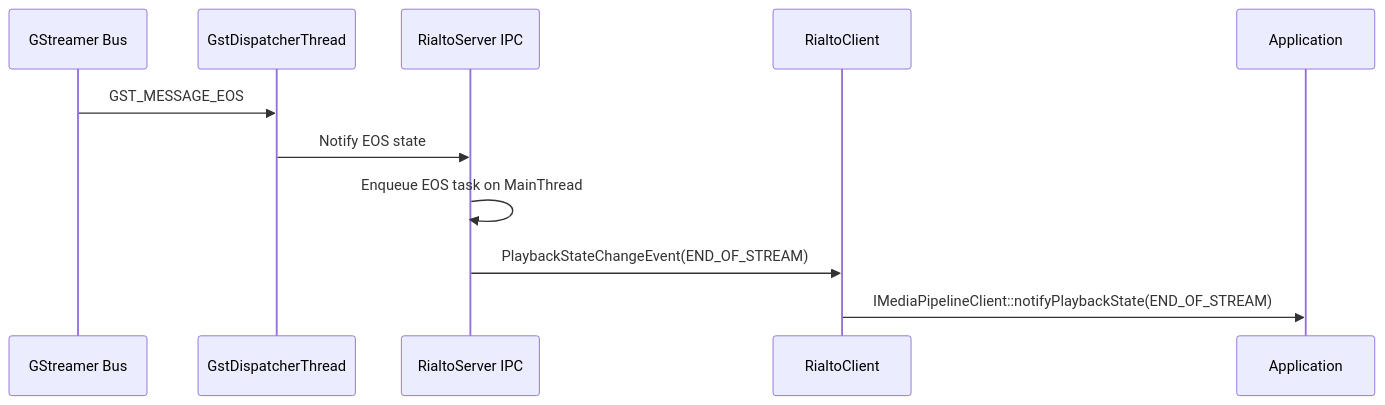
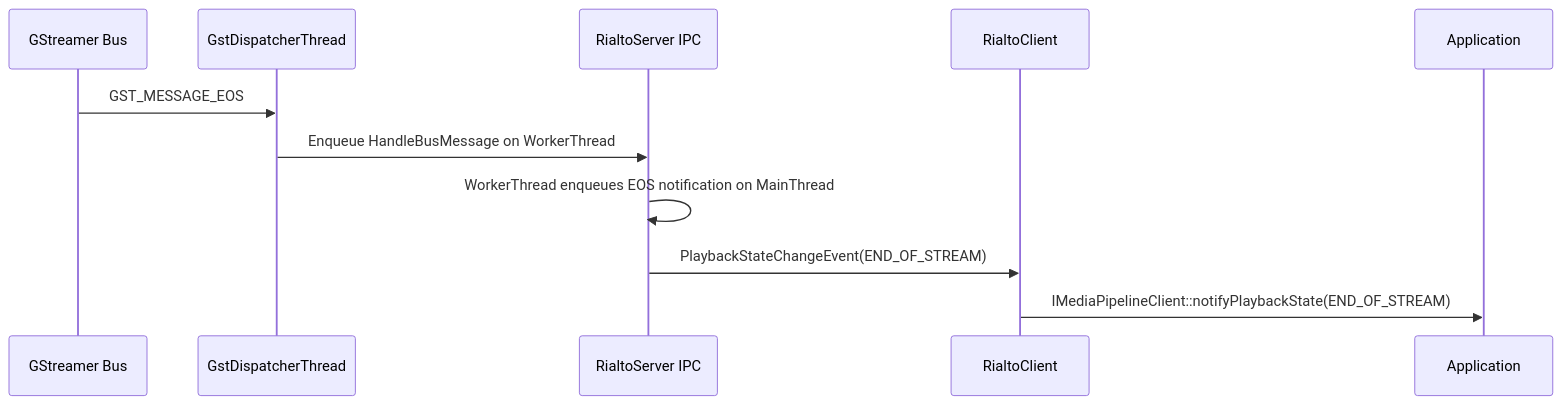
The seventh of 7 diagrams in docs/README.md (rdkcentral/rialto), drawn with Mermaid before and after one commit. The commit also changed other lines of this file, not shown here.

````diff
--- a/docs/README.md
+++ b/docs/README.md
@@ -350,14 +351,14 @@
 ```mermaid
 sequenceDiagram
     participant GST as GStreamer Bus
     participant GstDisp as GstDispatcherThread
     participant RS as RialtoServer IPC
     participant RC as RialtoClient
     participant App as Application
 
     GST->>GstDisp: GST_MESSAGE_EOS
-    GstDisp->>RS: Notify EOS state
-    RS->>RS: Enqueue EOS task on MainThread
+    GstDisp->>RS: Enqueue HandleBusMessage on WorkerThread
+    RS->>RS: WorkerThread enqueues EOS notification on MainThread
     RS->>RC: PlaybackStateChangeEvent(END_OF_STREAM)
     RC->>App: IMediaPipelineClient::notifyPlaybackState(END_OF_STREAM)
 ```
````
